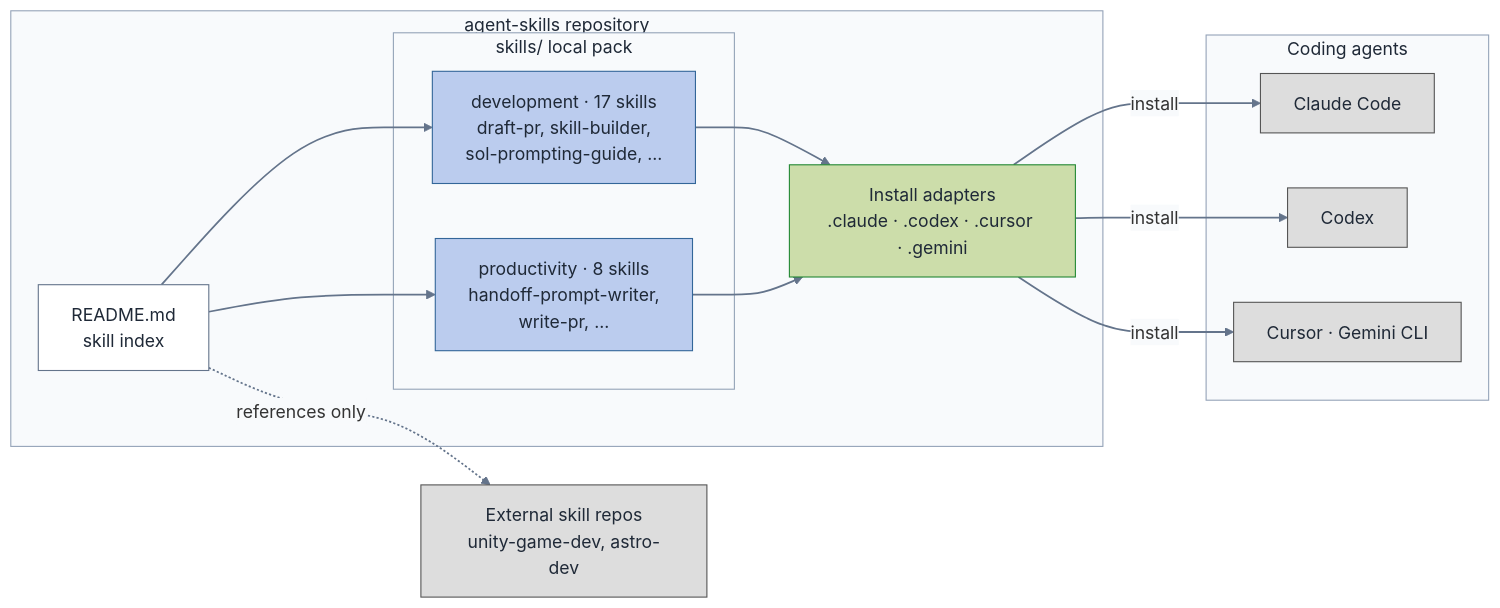
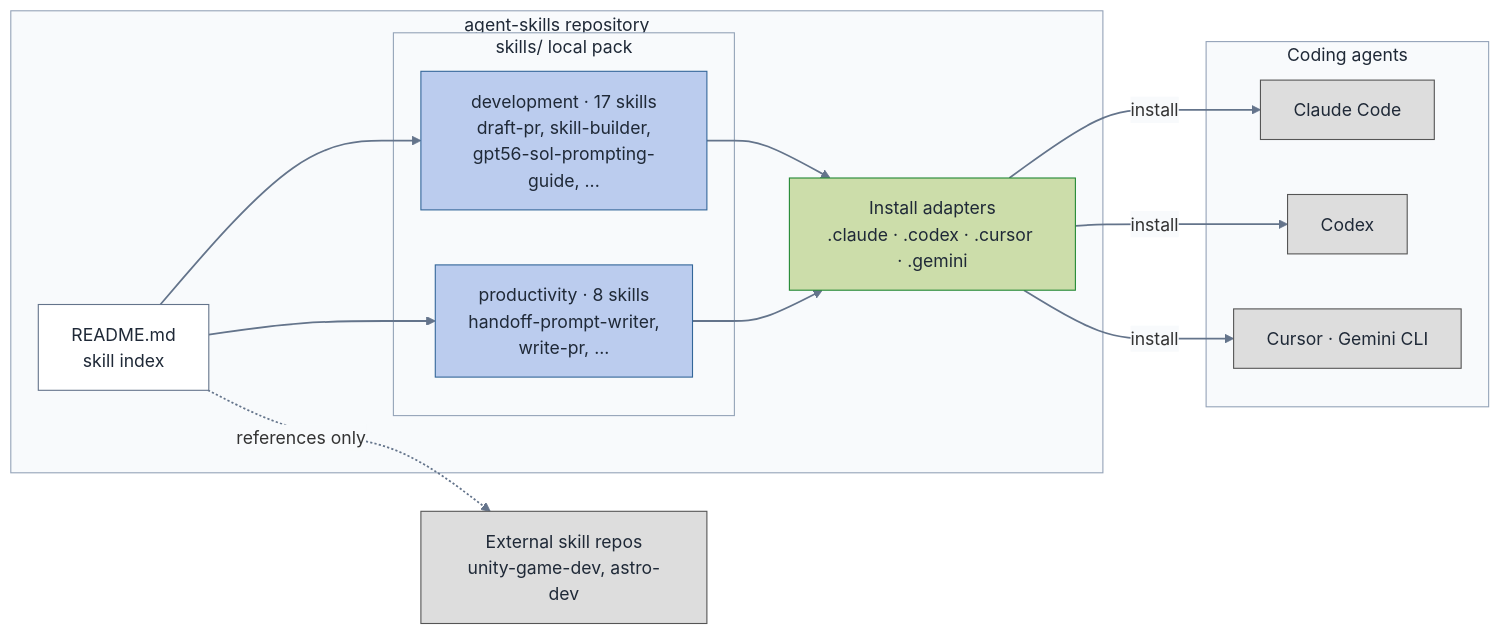
The diagram in docs/repo-structure.md (gigio1023/agent-skills), drawn with Mermaid before and after one commit. The commit also changed 9 other files, not shown here.

Commit message:
refactor: name model prompting skills explicitly

````diff
--- a/docs/repo-structure.md
+++ b/docs/repo-structure.md
@@ -8,46 +8,46 @@
 ```mermaid
 ---
 config:
   theme: base
   themeVariables:
     textColor: "#1f2937"
     edgeLabelBackground: "#f8fafc"
 ---
 flowchart LR
   accTitle: agent-skills repository structure
   accDescr: Local skills in two categories are indexed by the README, exposed through per-harness install adapters, and installed into coding agents. External skill repos are referenced but not packaged.
 
   subgraph repo ["agent-skills repository"]
     IDX["README.md<br/>skill index"]
     subgraph pack ["skills/ local pack"]
-      DEV["development · 17 skills<br/>draft-pr, skill-builder,<br/>sol-prompting-guide, ..."]
+      DEV["development · 17 skills<br/>draft-pr, skill-builder,<br/>gpt56-sol-prompting-guide, ..."]
       PROD["productivity · 8 skills<br/>handoff-prompt-writer,<br/>write-pr, ..."]
     end
     ADP["Install adapters<br/>.claude · .codex · .cursor · .gemini"]
   end
 
   EXT["External skill repos<br/>unity-game-dev, astro-dev"]
 
   subgraph agents ["Coding agents"]
     CC["Claude Code"]
     CX["Codex"]
     OT["Cursor · Gemini CLI"]
   end
 
   IDX --> DEV & PROD
   IDX -.->|references only| EXT
   DEV & PROD --> ADP
   ADP -->|install| CC & CX & OT
 
   classDef packNode fill:#BBCCEE,stroke:#336699,color:#1f2937;
   classDef adapter fill:#CCDDAA,stroke:#228833,color:#1f2937;
   classDef outside fill:#DDDDDD,stroke:#555555,color:#1f2937;
   classDef boundary fill:#f8fafc,stroke:#94a3b8,color:#1f2937;
   classDef index fill:#ffffff,stroke:#64748b,color:#1f2937;
   class DEV,PROD packNode;
   class ADP adapter;
   class CC,CX,OT,EXT outside;
   class repo,pack,agents boundary;
   class IDX index;
   linkStyle default stroke:#64748b,stroke-width:1.6px;
 ```
````
